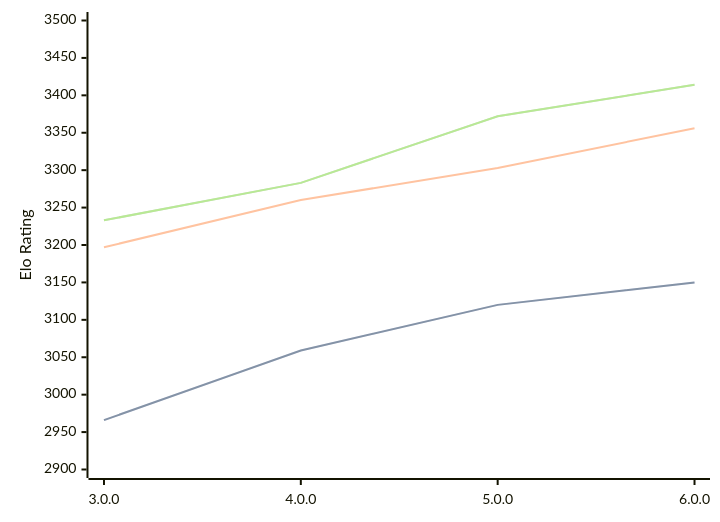
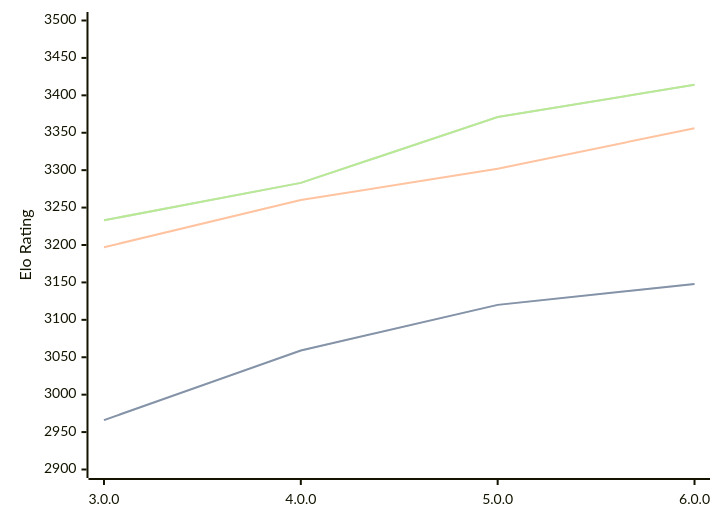
One commit to computer-chess-index/cci changed the third of 3 diagrams in engines/Minke.md. Above: the diagram before and after it, drawn with Mermaid. The commit also changed other lines of this file, not shown here.

Commit message:
Update CCI Ratings (ELO VLTC) - 2026-06-26

````diff
--- a/engines/Minke.md
+++ b/engines/Minke.md
@@ -69,11 +69,11 @@
 ```mermaid
 %%{init: {"theme":"base","themeVariables":{"seriesColors:['#a3a3a3','#222221','#faa371']}}}%%
 xychart-beta
   x-axis ["3.0.0", "4.0.0", "5.0.0", "6.0.0"]
   y-axis "Elo Rating" 2900 --> 3500
-  line "STC (8.0+0.08s)" [2966, 3059, 3120, 3150]
-  line "STC (8.0+0.08s)" [2966, 3059, 3120, 3150]
-  line "LTC (60.0+0.60s)" [3197, 3260, 3303, 3356]
-  line "VLTC (2m24s+1.12s)" [3233, 3283, 3372, 3414]
-  line "VLTC (2m24s+1.12s)" [3233, 3283, 3372, 3414]
+  line "STC (8.0+0.08s)" [2966, 3059, 3120, 3148]
+  line "STC (8.0+0.08s)" [2966, 3059, 3120, 3148]
+  line "LTC (60.0+0.60s)" [3197, 3260, 3302, 3356]
+  line "VLTC (2m24s+1.12s)" [3233, 3283, 3371, 3414]
+  line "VLTC (2m24s+1.12s)" [3233, 3283, 3371, 3414]
 ```
````
